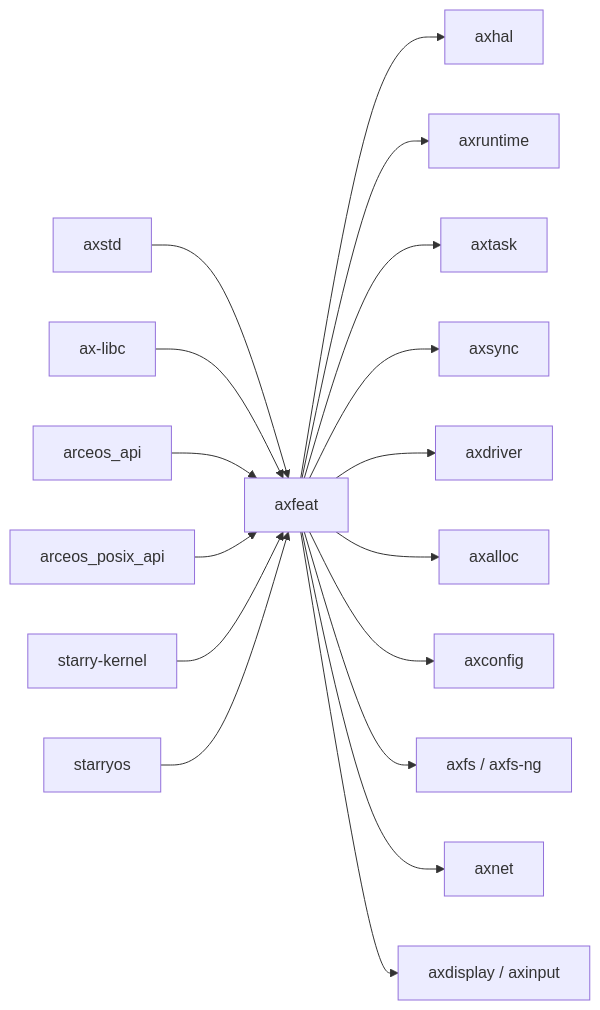
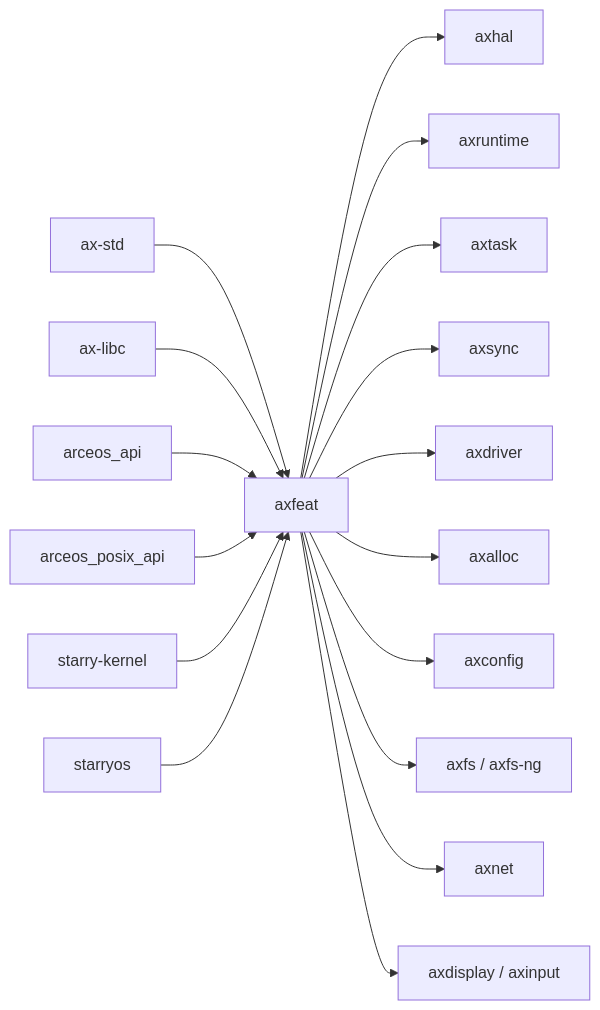
The second of 2 diagrams in docs/crates/axfeat.md (zKurisu/tgoskits), drawn with Mermaid before and after one commit. The commit also changed other lines of this file and 153 other files, not shown here.

Commit message:
rename axstd to ax-std

````diff
--- a/docs/crates/axfeat.md
+++ b/docs/crates/axfeat.md
@@ -95,20 +95,20 @@
 ```mermaid
 graph LR
-    axstd["axstd"] --> axfeat["axfeat"]
+    ax-std["ax-std"] --> axfeat["axfeat"]
     ax-libc["ax-libc"] --> axfeat
     arceos_api["arceos_api"] --> axfeat
     posix["arceos_posix_api"] --> axfeat
     starry_kernel["starry-kernel"] --> axfeat
     starryos["starryos"] --> axfeat
 
     axfeat --> axhal["axhal"]
     axfeat --> axruntime["axruntime"]
     axfeat --> axtask["axtask"]
     axfeat --> axsync["axsync"]
     axfeat --> axdriver["axdriver"]
     axfeat --> axalloc["axalloc"]
     axfeat --> axconfig["axconfig"]
     axfeat --> axfs["axfs / axfs-ng"]
     axfeat --> axnet["axnet"]
     axfeat --> axdisplay["axdisplay / axinput"]
 ```
````
